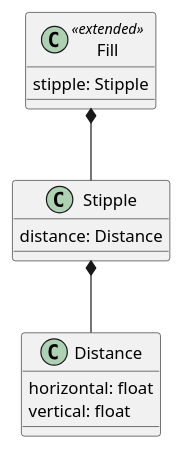
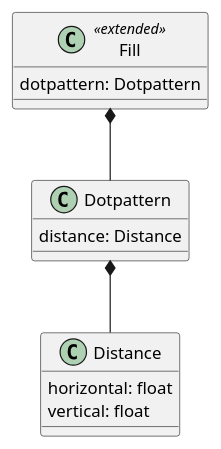
One commit to opengeospatial/styles-and-symbology changed the second of 2 diagrams in 1-core/sections/clause_12_advanced_fills.adoc. Above: the diagram before and after it, drawn with PlantUML. The commit also changed other lines of this file and 2 other files, not shown here.

```diff
--- a/1-core/sections/clause_12_advanced_fills.adoc
+++ b/1-core/sections/clause_12_advanced_fills.adoc
@@ -57,14 +56,14 @@
 [plantuml, target=diagram-classes, format=png]
 ....
 class Fill <<extended>>
-Fill : stipple: Stipple
-Fill *-- Stipple
+Fill : dotpattern: Dotpattern
+Fill *-- Dotpattern
 
-Stipple : distance: Distance
-Stipple *-- Distance
+Dotpattern : distance: Distance
+Dotpattern *-- Distance
 
 Distance : horizontal: float
 Distance : vertical: float
 
 
 ....
```
